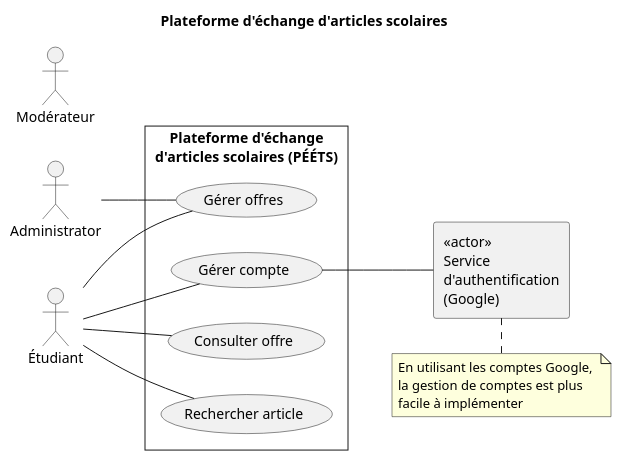
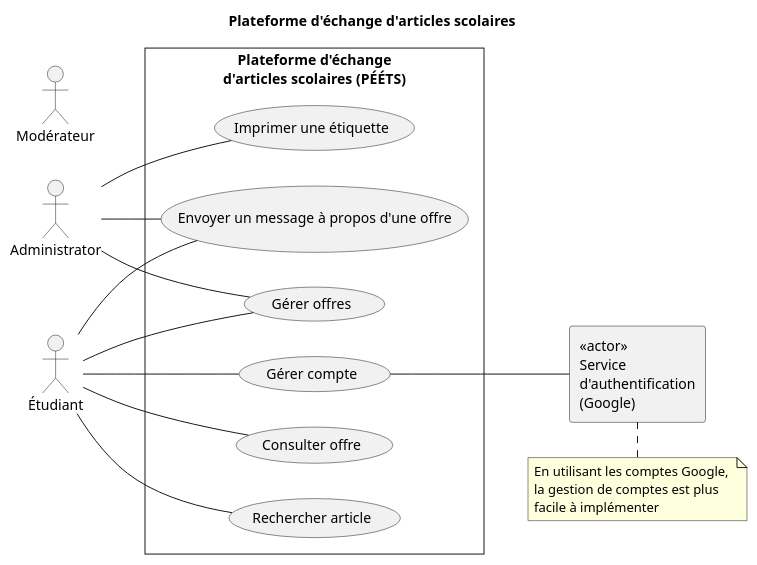
One commit to fuhrmanator/gti792-peets changed the diagram in OOAD/usecase.puml. Above: the diagram before and after it, drawn with PlantUML.

Commit message:
Ajout des nouveaux cas d'utilisation

```diff
--- a/OOAD/usecase.puml
+++ b/OOAD/usecase.puml
@@ -1,24 +1,27 @@
 @startuml
 title Plateforme d'échange d'articles scolaires
 left to right direction
 skinparam style strictuml
 skinparam packageStyle rect
 actor Administrator
 actor Étudiant
 actor Modérateur
 rectangle "<<actor>>\nService\nd'authentification\n(Google)" as SA
 rectangle "Plateforme d'échange\nd'articles scolaires (PÉÉTS)" {
   Étudiant -- (Gérer compte)
   (Gérer compte) -- SA
   Étudiant -- (Gérer offres)
   Étudiant -- (Rechercher article)
   Étudiant -- (Consulter offre)
+  Étudiant -- (Envoyer un message à propos d'une offre)
   Administrator -- (Gérer offres)
+  Administrator -- (Imprimer une étiquette)
+  Administrator -- (Envoyer un message à propos d'une offre)
 }
 note as N1
  En utilisant les comptes Google, 
  la gestion de comptes est plus
  facile à implémenter
 end note
 SA . N1
 @enduml
```
